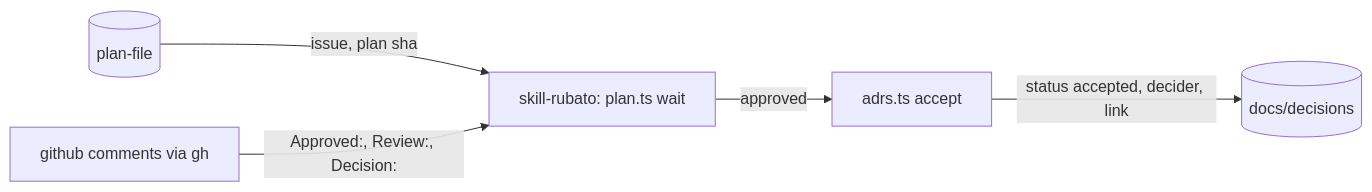
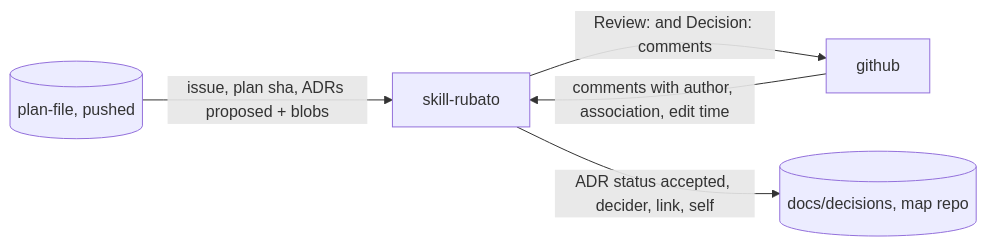
The diagram in docs/plans/90.md (m0x6A/rubato), drawn with Mermaid before and after one commit. The commit also changed other lines of this file and 3 other files, not shown here.

First line of the commit message:
Plan #90: full track after review; seam skill-github; ADRs pinned by blob

````diff
--- a/docs/plans/90.md
+++ b/docs/plans/90.md
@@ -78,7 +89,7 @@
 ```mermaid
 flowchart LR
-  pf[(plan-file)] -- "issue, plan sha" --> skill[skill-rubato: plan.ts wait]
-  gh[github comments via gh] -- "Approved:, Review:, Decision:" --> skill
-  skill -- "approved" --> acc[adrs.ts accept]
-  acc -- "status accepted, decider, link" --> adr[(docs/decisions)]
+  pf[(plan-file, pushed)] -- "issue, plan sha, ADRs proposed + blobs" --> skill[skill-rubato]
+  gh[github] -- "comments with author, association, edit time" --> skill
+  skill -- "Review: and Decision: comments" --> gh
+  skill -- "ADR status accepted, decider, link, self" --> adr[(docs/decisions, map repo)]
 ```
````
